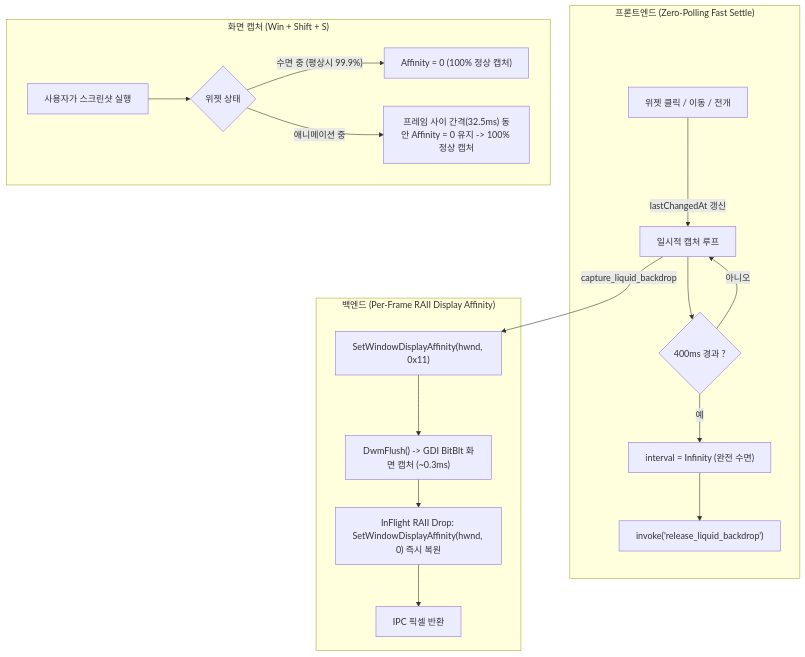
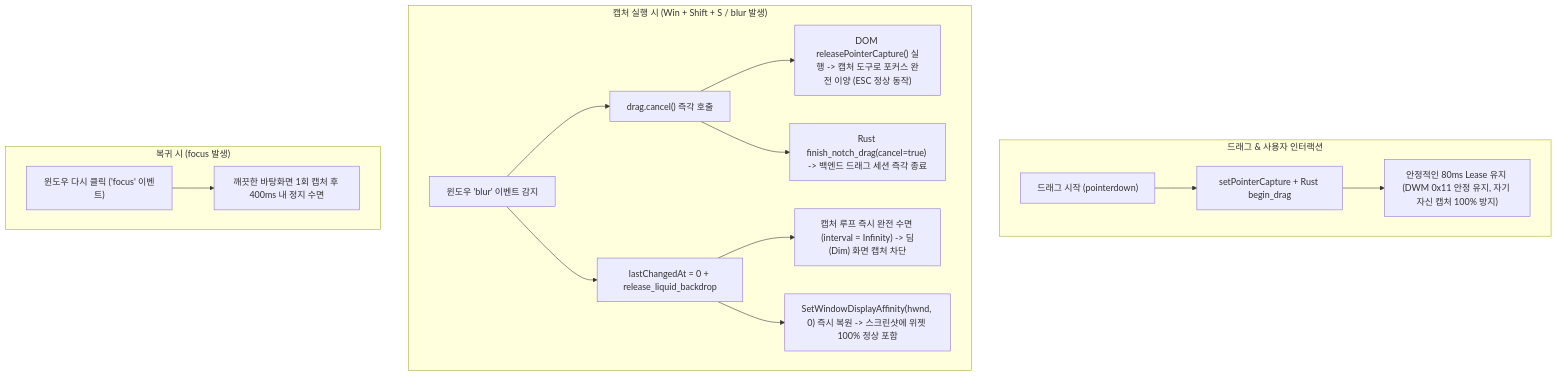
The diagram in docs/liquid-capture.md (sky64422/EconomyWarRoom), drawn with Mermaid before and after one commit. The commit also changed other lines of this file and 8 other files, not shown here.

Commit message:
fix(drag): release pointer capture on blur and prevent recursive blur during drag

````diff
--- a/docs/liquid-capture.md
+++ b/docs/liquid-capture.md
@@ -50,23 +39,20 @@
 ```mermaid
 flowchart TD
-    subgraph Frontend ["프론트엔드 (Zero-Polling Fast Settle)"]
-        A["위젯 클릭 / 이동 / 전개"] -->|lastChangedAt 갱신| B["일시적 캡처 루프"]
-        B --> C{"400ms 경과 ?"}
-        C -- 아니오 --> B
-        C -- 예 --> D["interval = Infinity (완전 수면)"]
-        D --> E["invoke('release_liquid_backdrop')"]
+    subgraph Drag ["드래그 & 사용자 인터랙션"]
+        A["드래그 시작 (pointerdown)"] --> B["setPointerCapture + Rust begin_drag"]
+        B --> C["안정적인 80ms Lease 유지 (DWM 0x11 안정 유지, 자기 자신 캡처 100% 방지)"]
     end
 
-    subgraph Backend ["백엔드 (Per-Frame RAII Display Affinity)"]
-        B -->|capture_liquid_backdrop| F["SetWindowDisplayAffinity(hwnd, 0x11)"]
-        F --> G["DwmFlush() -> GDI BitBlt 화면 캡처 (~0.3ms)"]
-        G --> H["InFlight RAII Drop: SetWindowDisplayAffinity(hwnd, 0) 즉시 복원"]
-        H --> I["IPC 픽셀 반환"]
+    subgraph BlurAction ["캡처 실행 시 (Win + Shift + S / blur 발생)"]
+        D["윈도우 'blur' 이벤트 감지"] --> E["drag.cancel() 즉각 호출"]
+        E --> F["DOM releasePointerCapture() 실행 -> 캡처 도구로 포커스 완전 이양 (ESC 정상 동작)"]
+        E --> G["Rust finish_notch_drag(cancel=true) -> 백엔드 드래그 세션 즉각 종료"]
+        D --> H["lastChangedAt = 0 + release_liquid_backdrop"]
+        H --> I["캡처 루프 즉시 완전 수면 (interval = Infinity) -> 딤(Dim) 화면 캡처 차단"]
+        H --> J["SetWindowDisplayAffinity(hwnd, 0) 즉시 복원 -> 스크린샷에 위젯 100% 정상 포함"]
     end
 
-    subgraph Screenshot ["화면 캡처 (Win + Shift + S)"]
-        J["사용자가 스크린샷 실행"] --> K{"위젯 상태"}
-        K -- "수면 중 (평상시 99.9%)" --> L["Affinity = 0 (100% 정상 캡처)"]
-        K -- "애니메이션 중" --> M["프레임 사이 간격(32.5ms) 동안 Affinity = 0 유지 -> 100% 정상 캡처"]
+    subgraph FocusRestore ["복귀 시 (focus 발생)"]
+        K["윈도우 다시 클릭 ('focus' 이벤트)"] --> L["깨끗한 바탕화면 1회 캡처 후 400ms 내 정지 수면"]
     end
 ```
````
